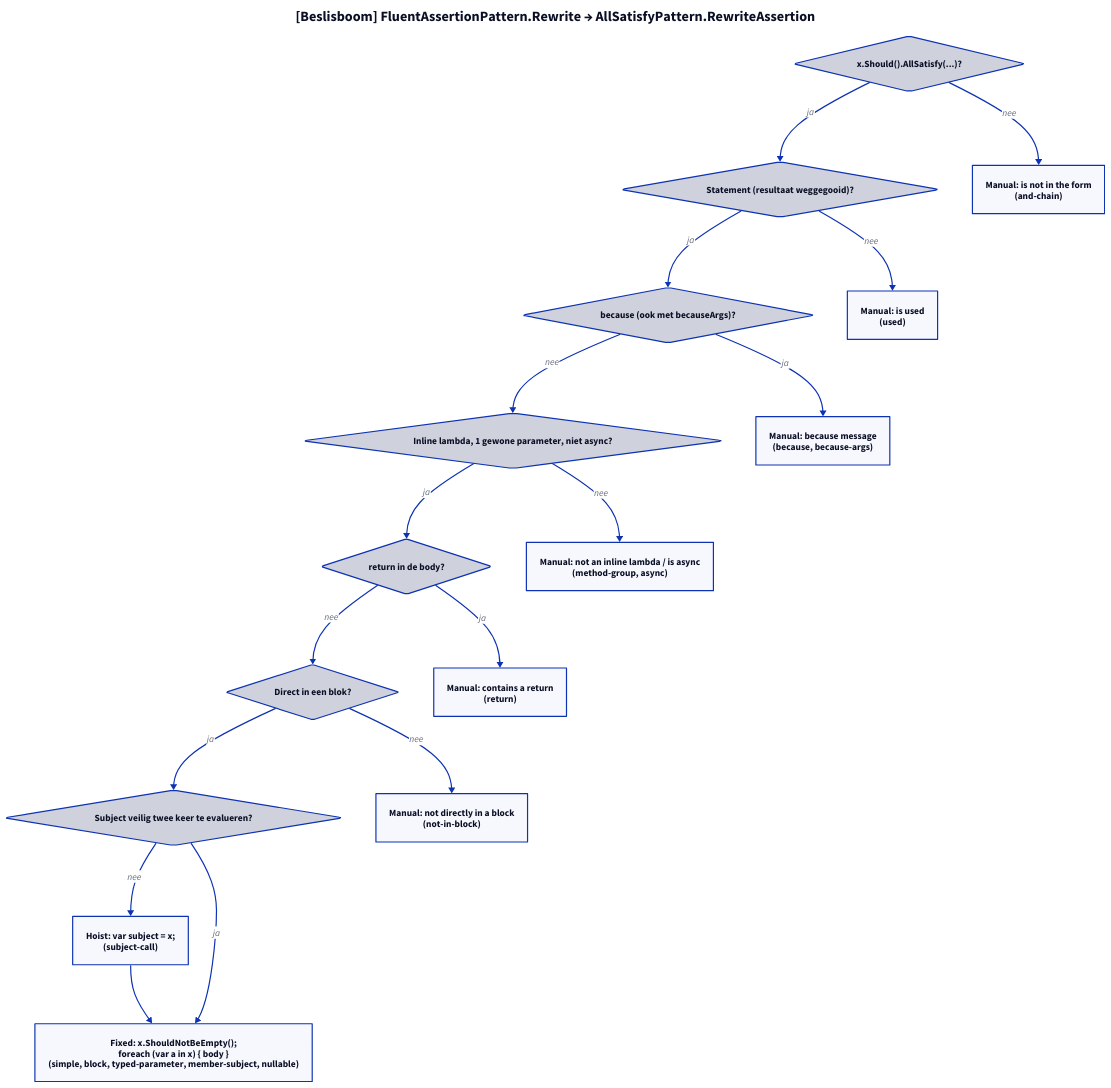
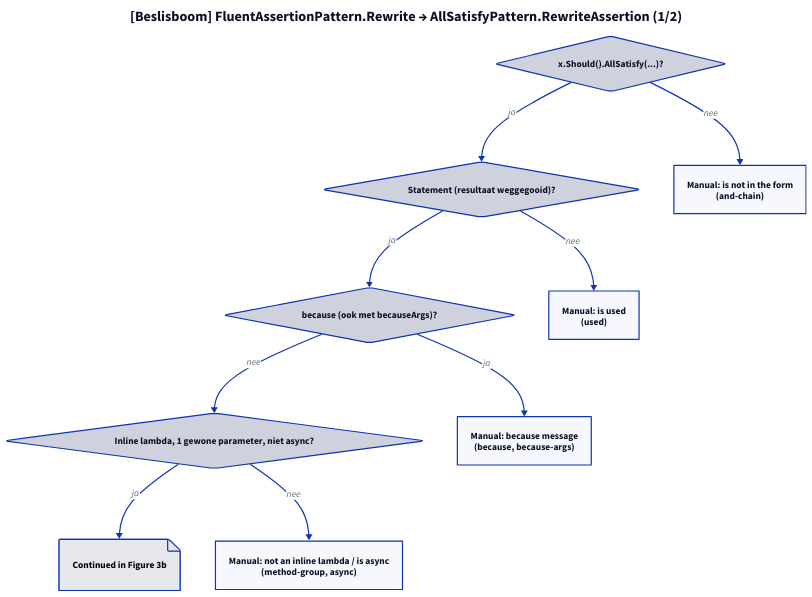
Before and after one commit to ATkingma/unshackle: the diagram in docs/projectinfo/patterns/img/fa-all-satisfy-modellen-3.d2, drawn with D2. The commit also changed 271 other files, not shown here.

```diff
--- a/docs/projectinfo/patterns/img/fa-all-satisfy-modellen-3.d2
+++ b/docs/projectinfo/patterns/img/fa-all-satisfy-modellen-3.d2
@@ -1,32 +1,19 @@
-title: "[Beslisboom] FluentAssertionPattern.Rewrite → AllSatisfyPattern.RewriteAssertion" {shape: text; near: top-center; style: {font-size: 24; bold: true}}
+title: "[Beslisboom] FluentAssertionPattern.Rewrite → AllSatisfyPattern.RewriteAssertion (1/2)" {shape: text; near: top-center; style: {font-size: 24; bold: true}}
 direction: down
 q1: "x.Should().AllSatisfy(...)?" {shape: diamond}
 q2: "Statement (resultaat weggegooid)?" {shape: diamond}
 q3: "because (ook met becauseArgs)?" {shape: diamond}
 q4: "Inline lambda, 1 gewone parameter, niet async?" {shape: diamond}
-q5: "return in de body?" {shape: diamond}
-q6: "Direct in een blok?" {shape: diamond}
-q7: "Subject veilig twee keer te evalueren?" {shape: diamond}
-q1 -> q2: ja
-q2 -> q3: ja
-q3 -> q4: nee
-q4 -> q5: ja
-q5 -> q6: nee
-q6 -> q7: ja
 m1: "Manual: is not in the form\n(and-chain)"
 m2: "Manual: is used\n(used)"
 m3: "Manual: because message\n(because, because-args)"
 m4: "Manual: not an inline lambda / is async\n(method-group, async)"
-m5: "Manual: contains a return\n(return)"
-m6: "Manual: not directly in a block\n(not-in-block)"
-h: "Hoist: var subject = x;\n(subject-call)"
-f: "Fixed: x.ShouldNotBeEmpty();\nforeach (var a in x) { body }\n(simple, block, typed-parameter, member-subject, nullable)"
+to_next_q5: "Continued in Figure 3b" {shape: page; style: {fill: "#e5e7eb"; font-color: "#000000"}}
+q1 -> q2: ja
+q2 -> q3: ja
+q3 -> q4: nee
+q4 -> to_next_q5: ja
 q1 -> m1: nee
 q2 -> m2: nee
 q3 -> m3: ja
 q4 -> m4: nee
-q5 -> m5: ja
-q6 -> m6: nee
-q7 -> h: nee
-h -> f
-q7 -> f: ja
```
